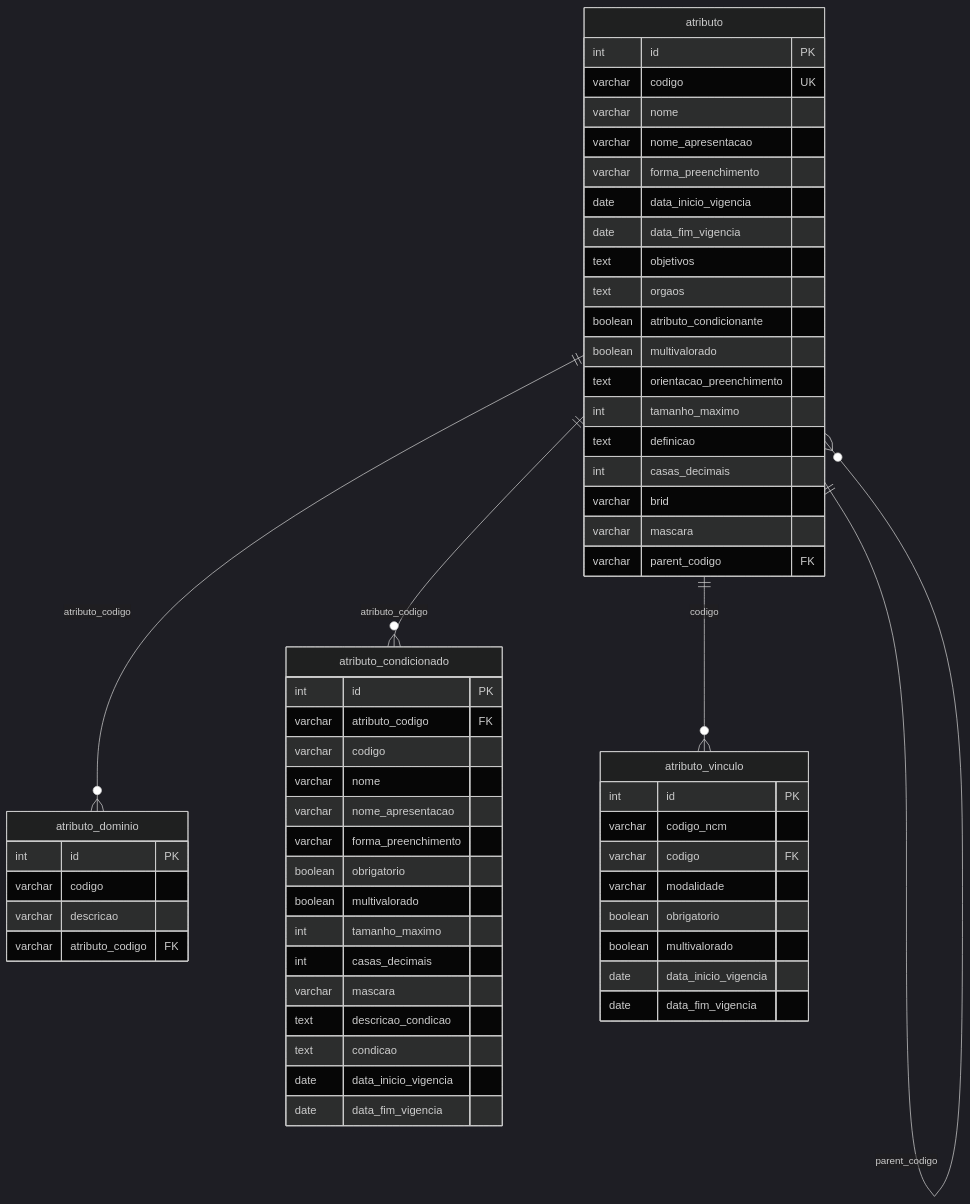
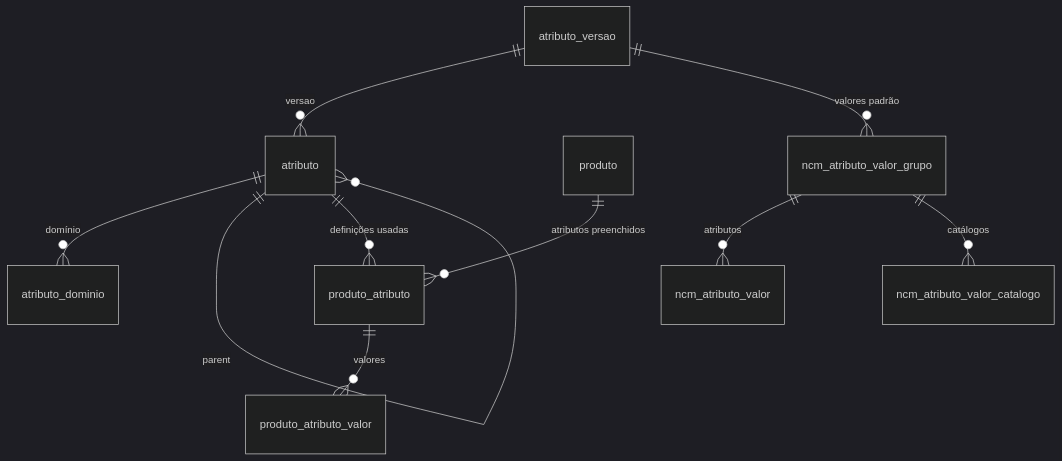
One commit to danielchaves22/catalogo-produtos changed the first of 3 diagrams in docs/atributos_dinamicos/ATRIBUTOS_DINAMICOS.md. Above: the diagram before and after it, drawn with Mermaid (dark theme). The commit also changed other lines of this file and 13 other files, not shown here.

````diff
--- a/docs/atributos_dinamicos/ATRIBUTOS_DINAMICOS.md
+++ b/docs/atributos_dinamicos/ATRIBUTOS_DINAMICOS.md
@@ -20,64 +19,12 @@
 ```mermaid
 erDiagram
-    atributo ||--o{ atributo : "parent_codigo"
-    atributo ||--o{ atributo_dominio : "atributo_codigo"
-    atributo ||--o{ atributo_condicionado : "atributo_codigo"
-    atributo ||--o{ atributo_vinculo : "codigo"
-    
-    atributo {
-        int id PK
-        varchar codigo UK
-        varchar nome
-        varchar nome_apresentacao
-        varchar forma_preenchimento
-        date data_inicio_vigencia
-        date data_fim_vigencia
-        text objetivos
-        text orgaos
-        boolean atributo_condicionante
-        boolean multivalorado
-        text orientacao_preenchimento
-        int tamanho_maximo
-        text definicao
-        int casas_decimais
-        varchar brid
-        varchar mascara
-        varchar parent_codigo FK
-    }
-    
-    atributo_condicionado {
-        int id PK
-        varchar atributo_codigo FK
-        varchar codigo
-        varchar nome
-        varchar nome_apresentacao
-        varchar forma_preenchimento
-        boolean obrigatorio
-        boolean multivalorado
-        int tamanho_maximo
-        int casas_decimais
-        varchar mascara
-        text descricao_condicao
-        text condicao
-        date data_inicio_vigencia
-        date data_fim_vigencia
-    }
-    
-    atributo_dominio {
-        int id PK
-        varchar codigo
-        varchar descricao
-        varchar atributo_codigo FK
-    }
-    
-    atributo_vinculo {
-        int id PK
-        varchar codigo_ncm
-        varchar codigo FK
-        varchar modalidade
-        boolean obrigatorio
-        boolean multivalorado
-        date data_inicio_vigencia
-        date data_fim_vigencia
-    }
+    atributo_versao ||--o{ atributo : "versao"
+    atributo ||--o{ atributo_dominio : "domínio"
+    atributo ||--o{ atributo : "parent"
+    atributo ||--o{ produto_atributo : "definições usadas"
+    produto ||--o{ produto_atributo : "atributos preenchidos"
+    produto_atributo ||--o{ produto_atributo_valor : "valores"
+    atributo_versao ||--o{ ncm_atributo_valor_grupo : "valores padrão"
+    ncm_atributo_valor_grupo ||--o{ ncm_atributo_valor : "atributos"
+    ncm_atributo_valor_grupo ||--o{ ncm_atributo_valor_catalogo : "catálogos"
 ```
````
